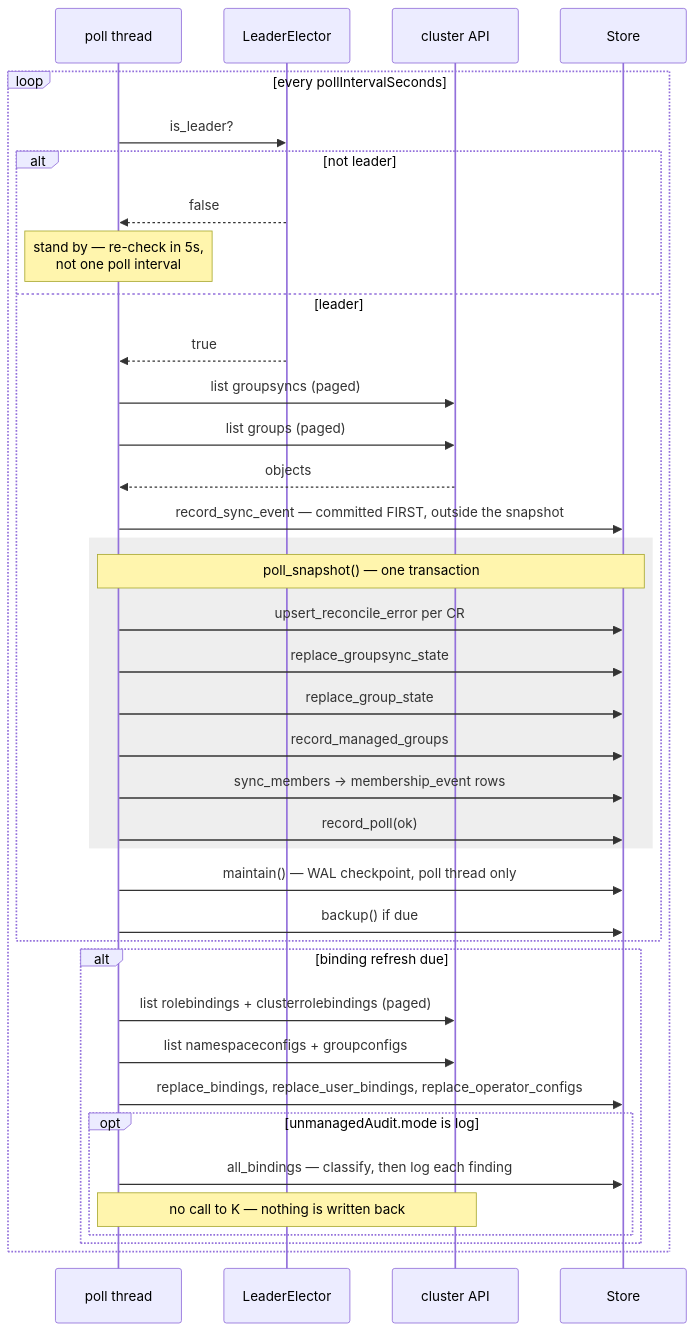
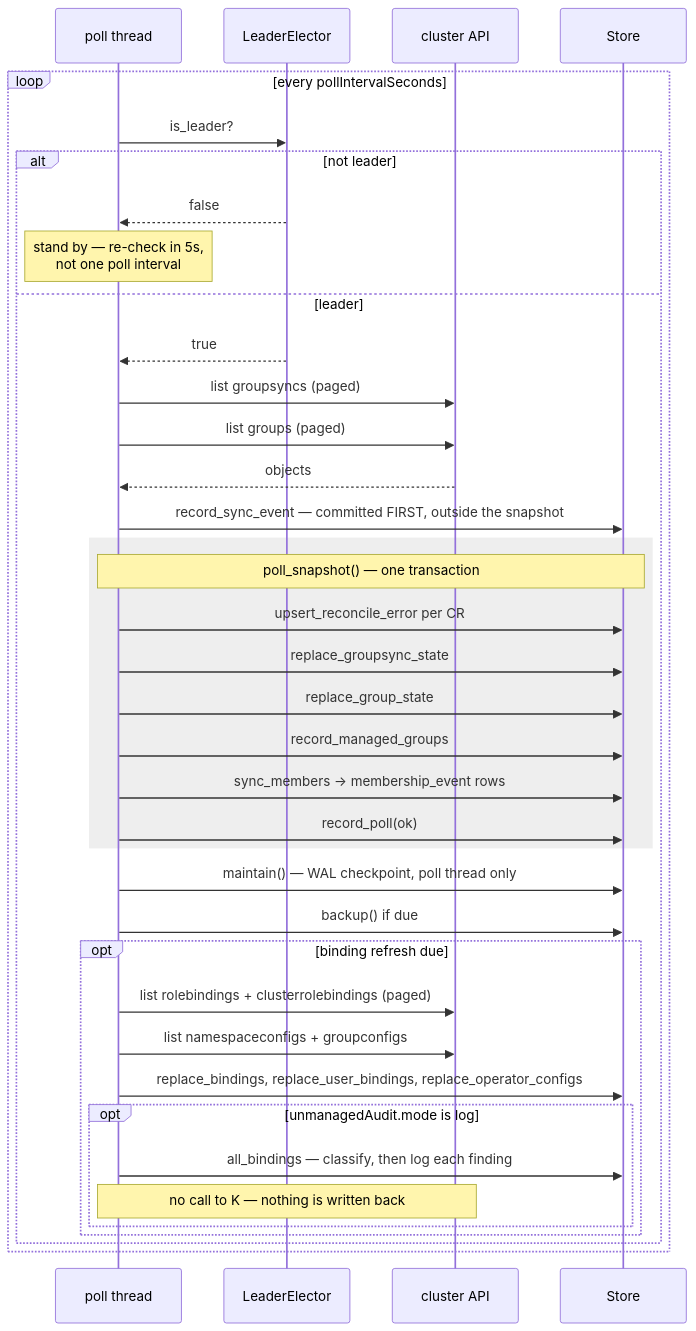
Before and after one commit to ephico2real2/group-sync-dashboard: the third of 10 diagrams in docs/guides/reference-architecture.md, drawn with Mermaid. The commit also changed other lines of this file and 2 other files, not shown here.

First line of the commit message:
docs: the reference architecture checked against the code and the lab (audit batch 5)

````diff
--- a/docs/guides/reference-architecture.md
+++ b/docs/guides/reference-architecture.md
@@ -228,41 +234,41 @@
 ```mermaid
 sequenceDiagram
   participant T as poll thread
   participant L as LeaderElector
   participant K as cluster API
   participant S as Store
 
   loop every pollIntervalSeconds
     T->>L: is_leader?
     alt not leader
       L-->>T: false
       Note over T: stand by — re-check in 5s,<br/>not one poll interval
     else leader
       L-->>T: true
       T->>K: list groupsyncs (paged)
       T->>K: list groups (paged)
       K-->>T: objects
       T->>S: record_sync_event — committed FIRST, outside the snapshot
       rect rgb(238, 238, 238)
         Note over T,S: poll_snapshot() — one transaction
         T->>S: upsert_reconcile_error per CR
         T->>S: replace_groupsync_state
         T->>S: replace_group_state
         T->>S: record_managed_groups
         T->>S: sync_members → membership_event rows
         T->>S: record_poll(ok)
       end
       T->>S: maintain() — WAL checkpoint, poll thread only
       T->>S: backup() if due
-    end
-    alt binding refresh due
-      T->>K: list rolebindings + clusterrolebindings (paged)
-      T->>K: list namespaceconfigs + groupconfigs
-      T->>S: replace_bindings, replace_user_bindings, replace_operator_configs
-      opt unmanagedAudit.mode is log
-        T->>S: all_bindings — classify, then log each finding
-        Note over T,K: no call to K — nothing is written back
+      opt binding refresh due
+        T->>K: list rolebindings + clusterrolebindings (paged)
+        T->>K: list namespaceconfigs + groupconfigs
+        T->>S: replace_bindings, replace_user_bindings, replace_operator_configs
+        opt unmanagedAudit.mode is log
+          T->>S: all_bindings — classify, then log each finding
+          Note over T,K: no call to K — nothing is written back
+        end
       end
     end
   end
 ```
````
